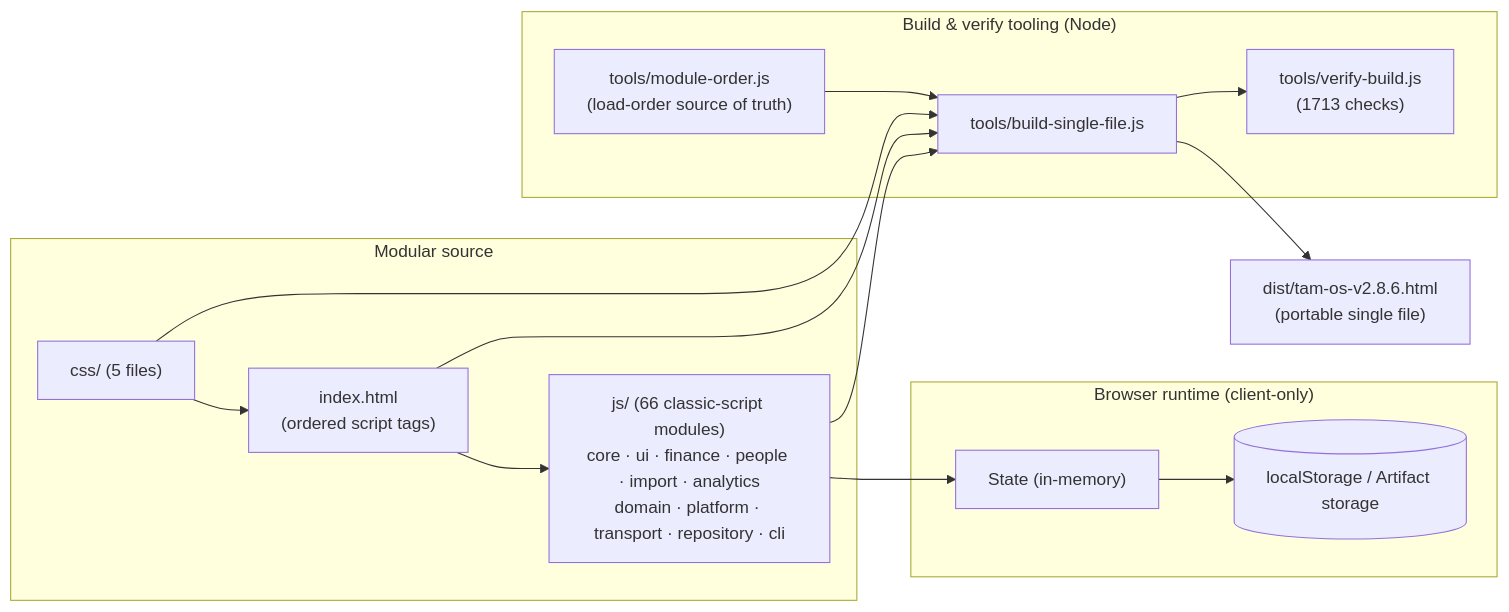
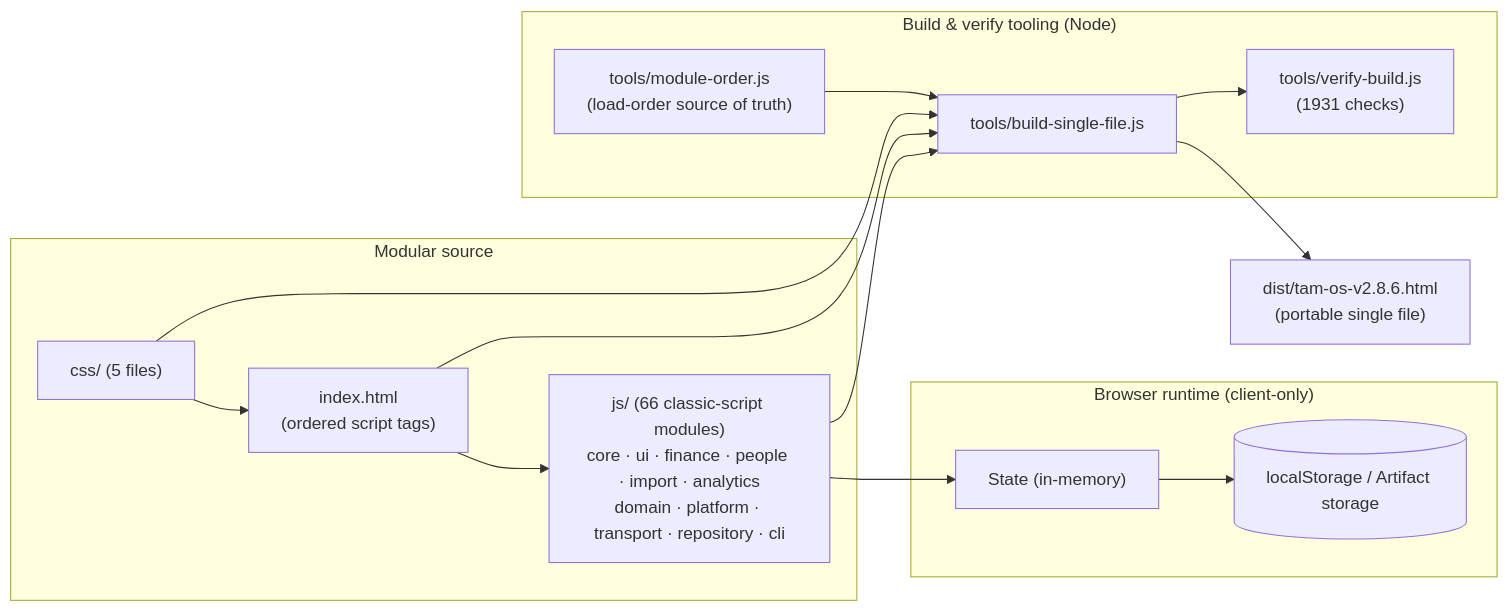
Before and after one commit to fanoryu/TAM-Intelligence-OS: the first of 2 diagrams in README.md, drawn with Mermaid. The commit also changed other lines of this file and 9 other files, not shown here.

````diff
--- a/README.md
+++ b/README.md
@@ -175,27 +190,27 @@
 ```mermaid
 flowchart LR
   subgraph Source["Modular source"]
     IDX["index.html<br/>(ordered script tags)"]
     CSS["css/ (5 files)"]
     JS["js/ (66 classic-script modules)<br/>core · ui · finance · people · import · analytics<br/>domain · platform · transport · repository · cli"]
   end
   subgraph Runtime["Browser runtime (client-only)"]
     STATE["State (in-memory)"]
     LS[("localStorage / Artifact storage")]
   end
   subgraph Build["Build & verify tooling (Node)"]
     ORDER["tools/module-order.js<br/>(load-order source of truth)"]
     BUILD["tools/build-single-file.js"]
-    VERIFY["tools/verify-build.js<br/>(1713 checks)"]
+    VERIFY["tools/verify-build.js<br/>(1931 checks)"]
   end
   DIST["dist/tam-os-v2.8.6.html<br/>(portable single file)"]
 
   IDX --> JS --> STATE --> LS
   CSS --> IDX
   ORDER --> BUILD
   IDX --> BUILD
   CSS --> BUILD
   JS --> BUILD
   BUILD --> DIST
   BUILD --> VERIFY
 ```
````
